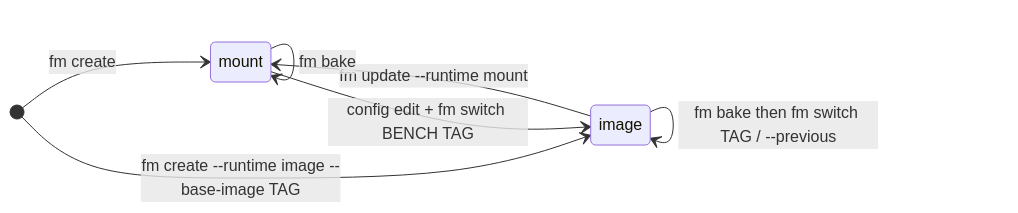
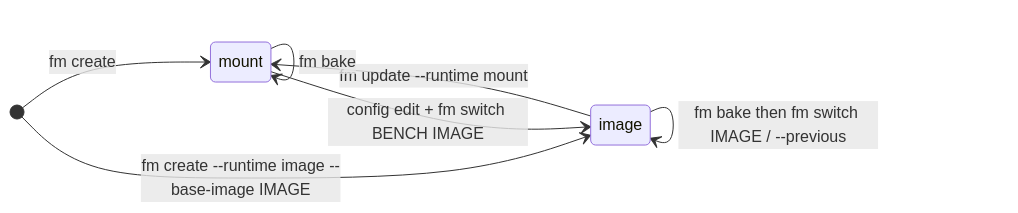
The diagram in docs/concepts/runtimes.md (rtCamp/Frappe-Manager), drawn with Mermaid before and after one commit. The commit also changed other lines of this file and 36 other files, not shown here.

````diff
--- a/docs/concepts/runtimes.md
+++ b/docs/concepts/runtimes.md
@@ -42,10 +42,10 @@
 ```mermaid
 stateDiagram-v2
     direction LR
     [*] --> mount : fm create
-    [*] --> image : fm create --runtime image --base-image TAG
-    mount --> image : config edit + fm switch BENCH TAG
+    [*] --> image : fm create --runtime image --base-image IMAGE
+    mount --> image : config edit + fm switch BENCH IMAGE
     image --> mount : fm update --runtime mount
     mount --> mount : fm bake
-    image --> image : fm bake then fm switch TAG / --previous
+    image --> image : fm bake then fm switch IMAGE / --previous
 ```
````
